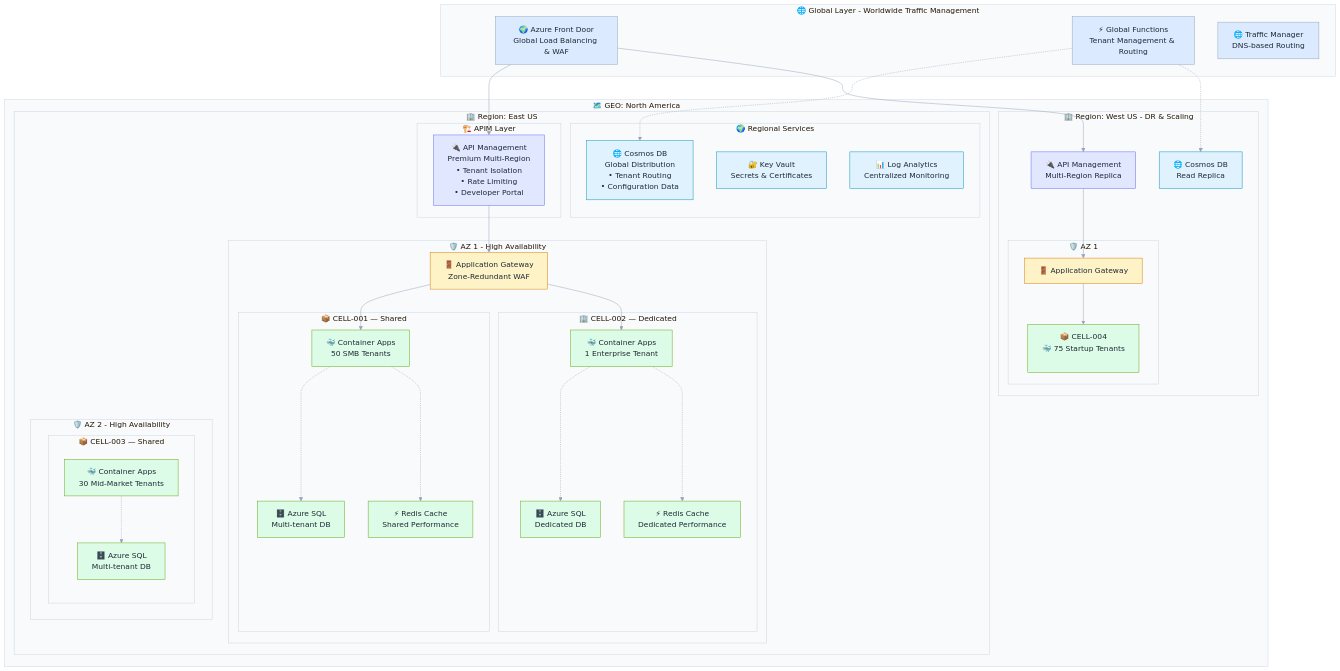
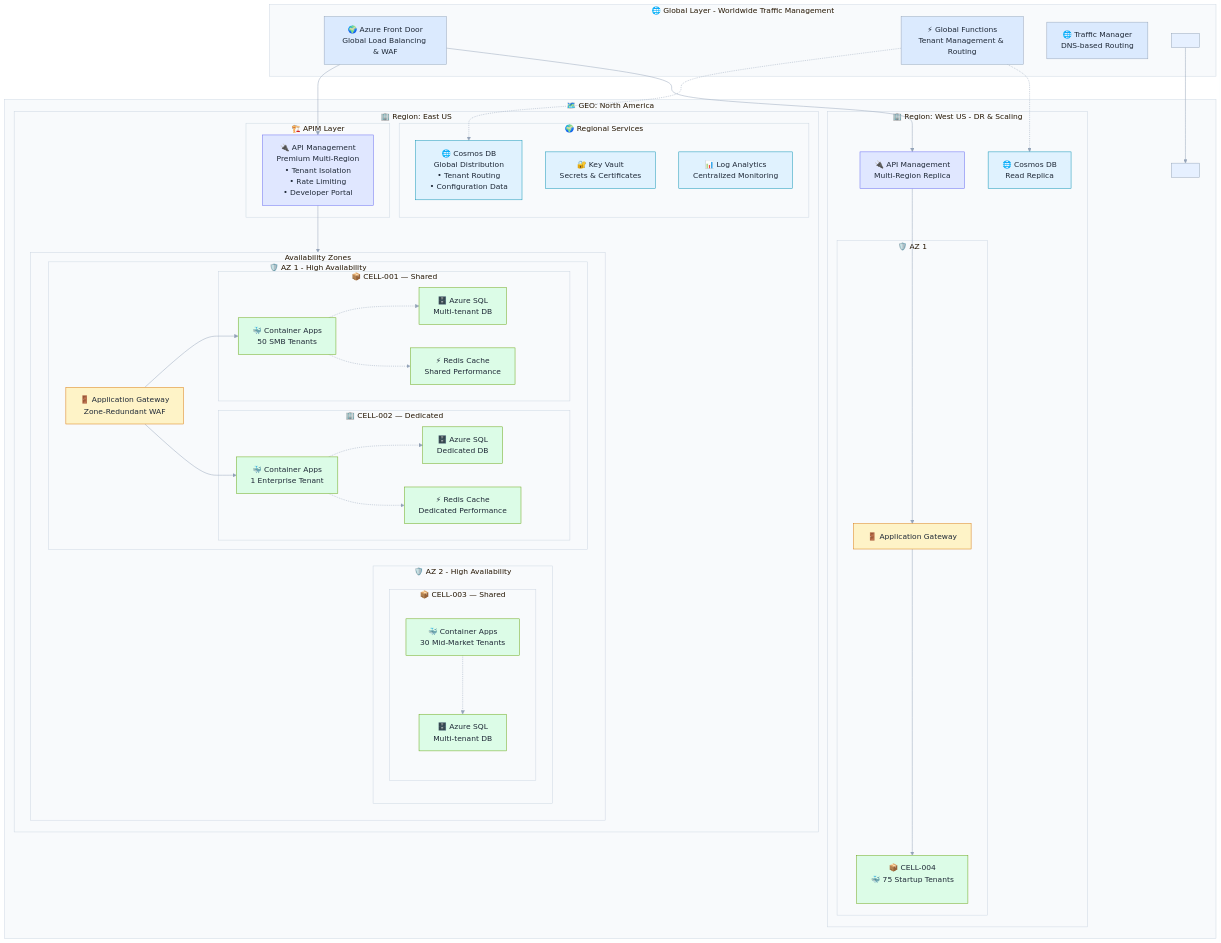
The diagram in README.md (srnichols/StampsPattern), drawn with Mermaid before and after one commit.

Commit message:
docs(readme): center Global layer over North America; set AZ1 then AZ2 left-to-right in East US

```diff
--- a/README.md
+++ b/README.md
@@ -38,30 +38,36 @@
         FD[🌍 Azure Front Door<br/>Global Load Balancing & WAF]
         GF[⚡ Global Functions<br/>Tenant Management & Routing]
         TM[🌐 Traffic Manager<br/>DNS-based Routing]
+        GL_ANCHOR[ ]
     end
     
     subgraph "🗺️ GEO: North America"
+        NA_ANCHOR[ ]
         subgraph "🏢 Region: East US"
             subgraph "🏗️ APIM Layer"
                 APIM1[🔌 API Management<br/>Premium Multi-Region<br/>• Tenant Isolation<br/>• Rate Limiting<br/>• Developer Portal]
             end
-            subgraph "🛡️ AZ 1 - High Availability"
-                AG1[🚪 Application Gateway<br/>Zone-Redundant WAF]
-                subgraph "📦 CELL-001 — Shared<br/>&nbsp;&nbsp;&nbsp;&nbsp;&nbsp;&nbsp;&nbsp;&nbsp;&nbsp;&nbsp;"
-                    CA1[🐳 Container Apps<br/>50 SMB Tenants]
-                    SQL1[🗄️ Azure SQL<br/>Multi-tenant DB]
-                    REDIS1[⚡ Redis Cache<br/>Shared Performance]
+            %% Group AZs left-to-right: AZ 1 then AZ 2
+            subgraph "Availability Zones"
+                direction LR
+                subgraph "🛡️ AZ 1 - High Availability"
+                    AG1[🚪 Application Gateway<br/>Zone-Redundant WAF]
+                    subgraph "📦 CELL-001 — Shared<br/>&nbsp;&nbsp;&nbsp;&nbsp;&nbsp;&nbsp;&nbsp;&nbsp;&nbsp;&nbsp;"
+                        CA1[🐳 Container Apps<br/>50 SMB Tenants]
+                        SQL1[🗄️ Azure SQL<br/>Multi-tenant DB]
+                        REDIS1[⚡ Redis Cache<br/>Shared Performance]
+                    end
+                    subgraph "🏢 CELL-002 — Dedicated<br/>&nbsp;&nbsp;&nbsp;&nbsp;&nbsp;&nbsp;&nbsp;&nbsp;&nbsp;&nbsp;"
+                        CA2[🐳 Container Apps<br/>1 Enterprise Tenant]
+                        SQL2[🗄️ Azure SQL<br/>Dedicated DB]
+                        REDIS2[⚡ Redis Cache<br/>Dedicated Performance]
+                    end
                 end
-                subgraph "🏢 CELL-002 — Dedicated<br/>&nbsp;&nbsp;&nbsp;&nbsp;&nbsp;&nbsp;&nbsp;&nbsp;&nbsp;&nbsp;"
-                    CA2[🐳 Container Apps<br/>1 Enterprise Tenant]
-                    SQL2[🗄️ Azure SQL<br/>Dedicated DB]
-                    REDIS2[⚡ Redis Cache<br/>Dedicated Performance]
-                end
-            end
-            subgraph "🛡️ AZ 2 - High Availability"
-                subgraph "📦 CELL-003 — Shared<br/>&nbsp;&nbsp;&nbsp;&nbsp;&nbsp;&nbsp;&nbsp;&nbsp;&nbsp;&nbsp;"
-                    CA3[🐳 Container Apps<br/>30 Mid-Market Tenants]
-                    SQL3[🗄️ Azure SQL<br/>Multi-tenant DB]
+                subgraph "🛡️ AZ 2 - High Availability"
+                    subgraph "📦 CELL-003 — Shared<br/>&nbsp;&nbsp;&nbsp;&nbsp;&nbsp;&nbsp;&nbsp;&nbsp;&nbsp;&nbsp;"
+                        CA3[🐳 Container Apps<br/>30 Mid-Market Tenants]
+                        SQL3[🗄️ Azure SQL<br/>Multi-tenant DB]
+                    end
                 end
             end
             subgraph "🌍 Regional Services"
@@ -82,6 +88,9 @@
     end
     
     %% Traffic Flow
+    %% Centering nudge: align Global above North America
+    GL_ANCHOR --> NA_ANCHOR
+
     FD --> APIM1
     FD --> APIM2
     
```
